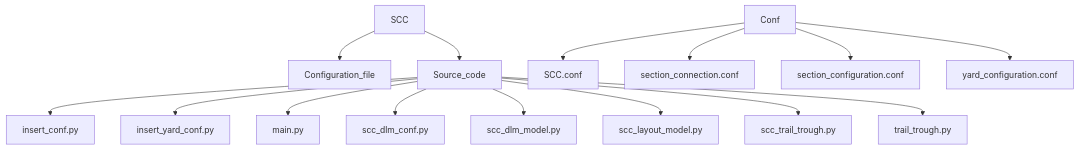
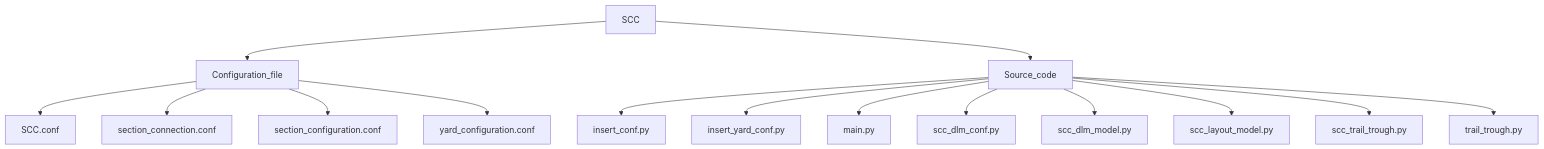
Before and after one commit to paragnema1/scc: the diagram in README.md, drawn with Mermaid.

````diff
--- a/README.md
+++ b/README.md
@@ -4,17 +4,17 @@
 ```mermaid
 graph TD;
     SCC-->Configuration_file;
     SCC-->Source_code;
-    Conf-->SCC.conf;
-    Conf-->section_connection.conf;
-    Conf-->section_configuration.conf;
-    Conf-->yard_configuration.conf;
+    Configuration_file-->SCC.conf;
+    Configuration_file-->section_connection.conf;
+    Configuration_file-->section_configuration.conf;
+    Configuration_file-->yard_configuration.conf;
     Source_code-->insert_conf.py;
     Source_code-->insert_yard_conf.py;
     Source_code-->main.py;
     Source_code-->scc_dlm_conf.py;
     Source_code-->scc_dlm_model.py;
     Source_code-->scc_layout_model.py;
     Source_code-->scc_trail_trough.py;
     Source_code-->trail_trough.py;
 ```
````
